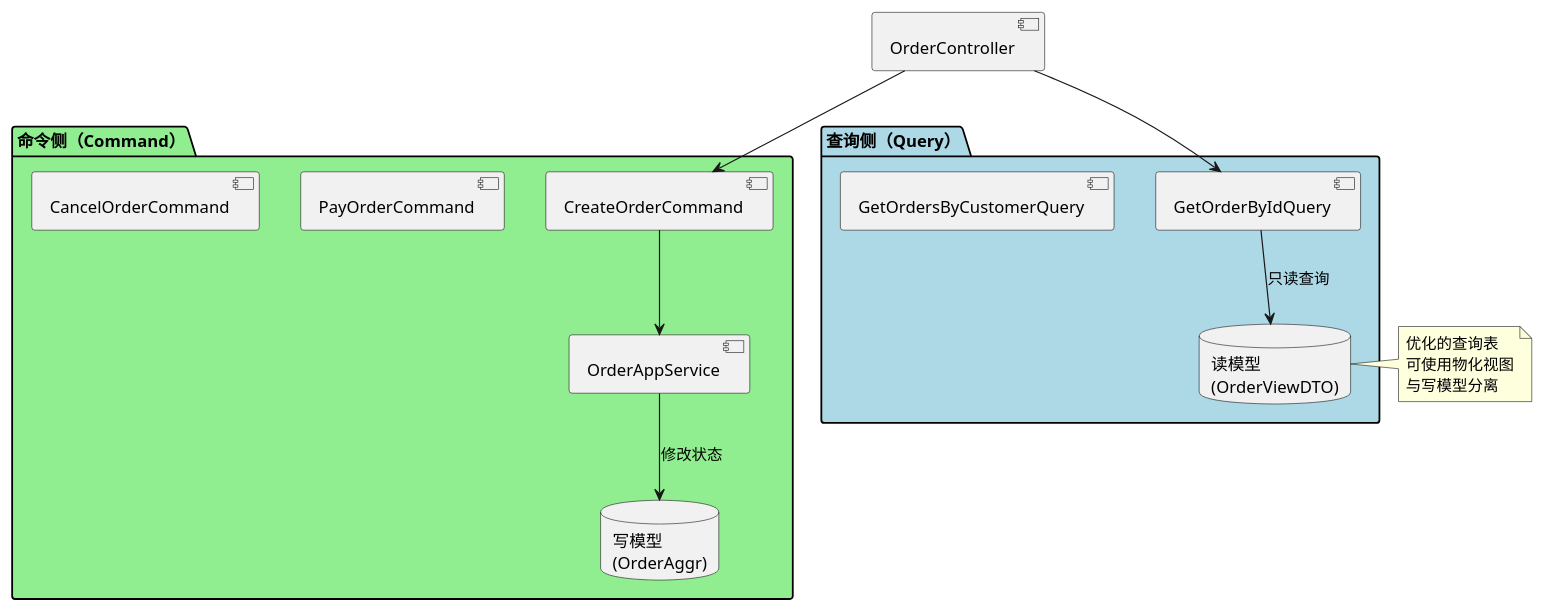
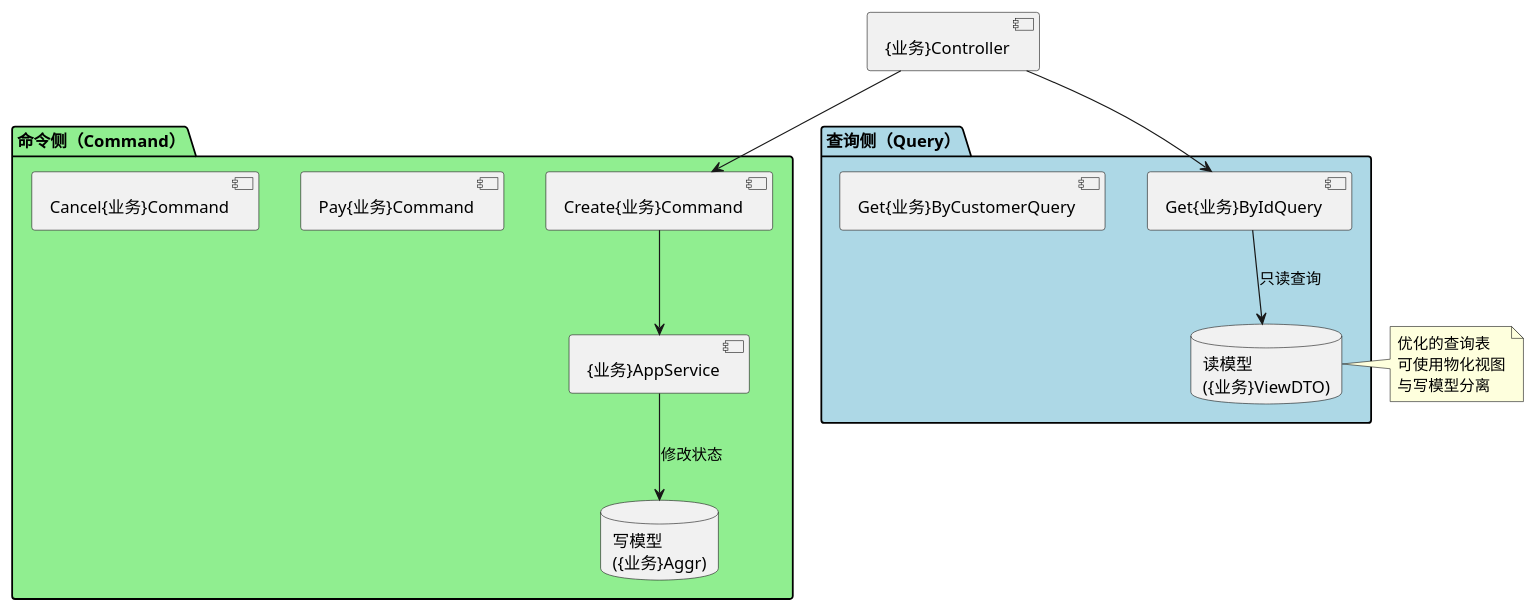
The eighth of 14 diagrams in README.md (LeoNardo-LB/web-quick-start-domain), drawn with PlantUML before and after one commit. The commit also changed other lines of this file and 8 other files, not shown here.

````diff
--- a/README.md
+++ b/README.md
@@ -1367,32 +1402,32 @@
 ```plantuml
 @startuml CQRS架构
 package "命令侧（Command）" #LightGreen {
-  [CreateOrderCommand]
-  [PayOrderCommand]
-  [CancelOrderCommand]
-  [OrderAppService]
-  database "写模型\n(OrderAggr)"
+  [Create{业务}Command]
+  [Pay{业务}Command]
+  [Cancel{业务}Command]
+  [{业务}AppService]
+  database "写模型\n({业务}Aggr)"
 }
 
 package "查询侧（Query）" #LightBlue {
-  [GetOrderByIdQuery]
-  [GetOrdersByCustomerQuery]
-  database "读模型\n(OrderViewDTO)"
+  [Get{业务}ByIdQuery]
+  [Get{业务}ByCustomerQuery]
+  database "读模型\n({业务}ViewDTO)"
 }
 
-[OrderController] --> [CreateOrderCommand]
-[OrderController] --> [GetOrderByIdQuery]
+[{业务}Controller] --> [Create{业务}Command]
+[{业务}Controller] --> [Get{业务}ByIdQuery]
 
-[CreateOrderCommand] --> [OrderAppService]
-[OrderAppService] --> "写模型\n(OrderAggr)" : 修改状态
+[Create{业务}Command] --> [{业务}AppService]
+[{业务}AppService] --> "写模型\n({业务}Aggr)" : 修改状态
 
-[GetOrderByIdQuery] --> "读模型\n(OrderViewDTO)" : 只读查询
+[Get{业务}ByIdQuery] --> "读模型\n({业务}ViewDTO)" : 只读查询
 
-note right of "读模型\n(OrderViewDTO)"
+note right of "读模型\n({业务}ViewDTO)"
   优化的查询表
   可使用物化视图
   与写模型分离
 end note
 
 @enduml
 ```
````
